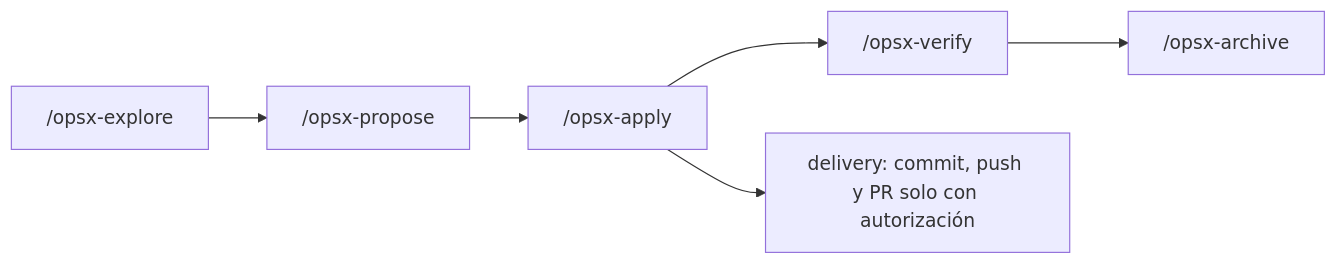
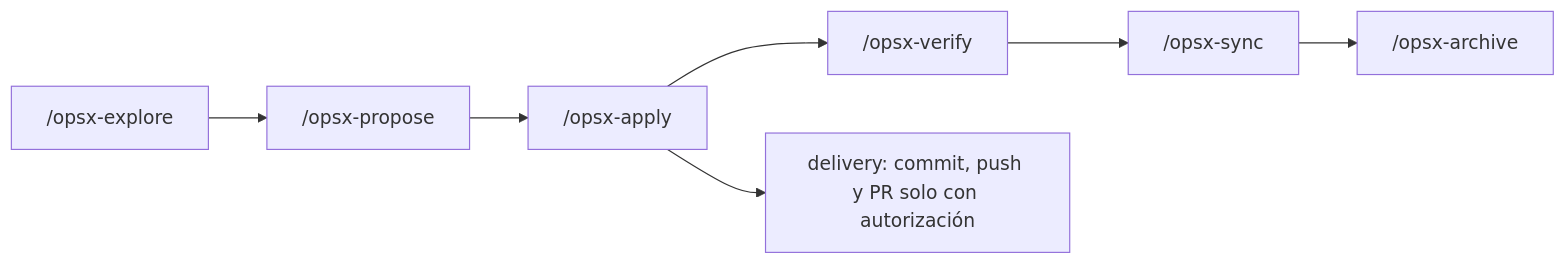
One commit to adrotech/lufy-ai changed the diagram in README.md. Above: the diagram before and after it, drawn with Mermaid. The commit also changed other lines of this file and 38 other files, not shown here.

````diff
--- a/README.md
+++ b/README.md
@@ -147,8 +147,9 @@
 ```mermaid
 flowchart LR
     A["/opsx-explore"] --> B["/opsx-propose"]
     B --> C["/opsx-apply"]
     C --> D["/opsx-verify"]
-    D --> E["/opsx-archive"]
-    C --> F["delivery: commit, push y PR solo con autorización"]
+    D --> E["/opsx-sync"]
+    E --> F["/opsx-archive"]
+    C --> G["delivery: commit, push y PR solo con autorización"]
 ```
````
